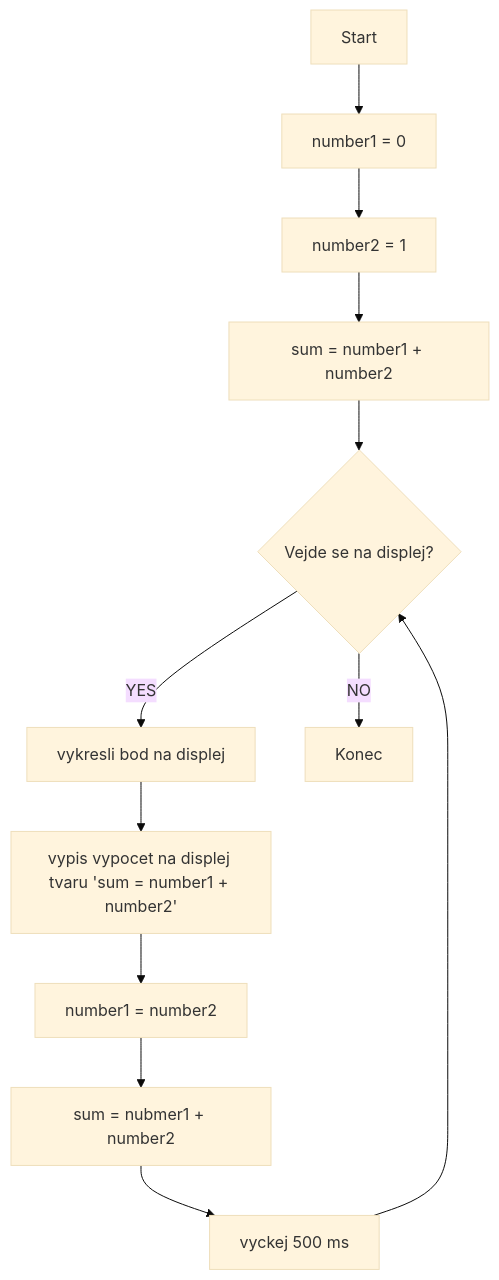
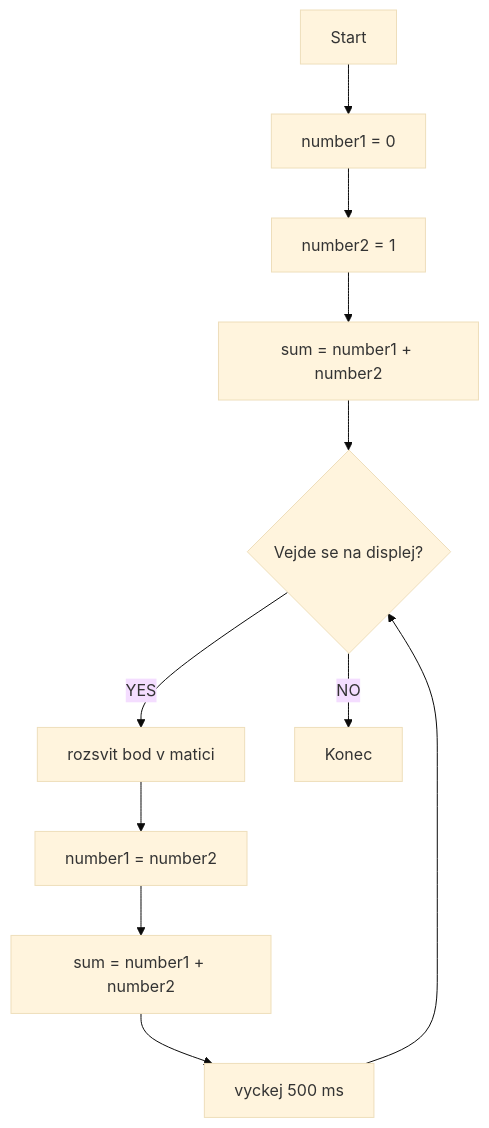
One commit to denisa-mat/BP-microbit changed the second of 2 diagrams in README.md. Above: the diagram before and after it, drawn with Mermaid (base theme). The commit also changed other lines of this file, not shown here.

````diff
--- a/README.md
+++ b/README.md
@@ -131,14 +131,13 @@
 ```mermaid
   graph TD;
       A[Start] --> B[number1 = 0];
       B --> C[number2 = 1];
       C --> D[sum = number1 + number2];
       D --> E{Vejde se na displej?};
-      E -- YES --> F[vykresli bod na displej];
-          F --> G[vypis vypocet na displej tvaru 'sum = number1 + number2'];
-          G --> H[number1 = number2];
-          H --> I[sum = nubmer1 + number2];
+      E -- YES --> F[rozsvit bod v matici];
+          F --> H[number1 = number2];
+          H --> I[sum = number1 + number2];
           I --> J[vyckej 500 ms]
           J --> E
       E -- NO --> K[Konec]
 ```
````
